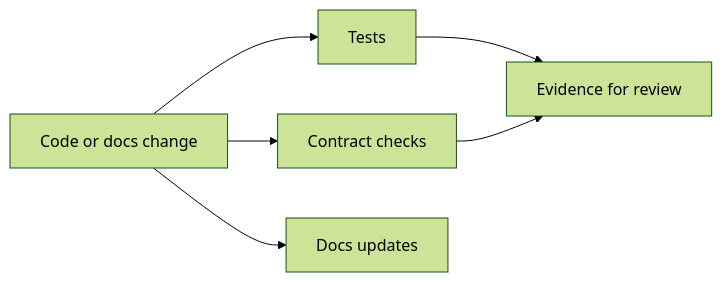
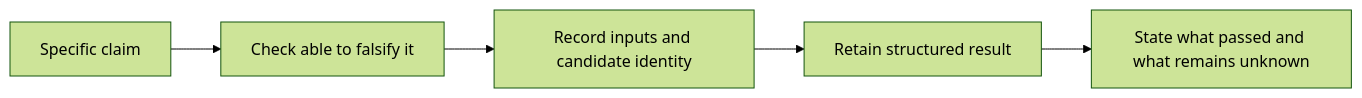
Before and after one commit to bijux/bijux-atlas: the diagram in docs/bijux-atlas-dev/governance/testing-and-evidence.md, drawn with Mermaid (forest theme). The commit also changed other lines of this file and 2 other files, not shown here.

````diff
--- a/docs/bijux-atlas-dev/governance/testing-and-evidence.md
+++ b/docs/bijux-atlas-dev/governance/testing-and-evidence.md
@@ -16,8 +28,7 @@
 ```mermaid
 flowchart LR
-    Change[Code or docs change] --> Tests[Tests]
-    Change --> Contracts[Contract checks]
-    Change --> Docs[Docs updates]
-    Tests --> Evidence[Evidence for review]
-    Contracts --> Evidence
+    Claim[Specific claim] --> Check[Check able to falsify it]
+    Check --> Identity[Record inputs and candidate identity]
+    Identity --> Result[Retain structured result]
+    Result --> Interpretation[State what passed and what remains unknown]
 ```
````
